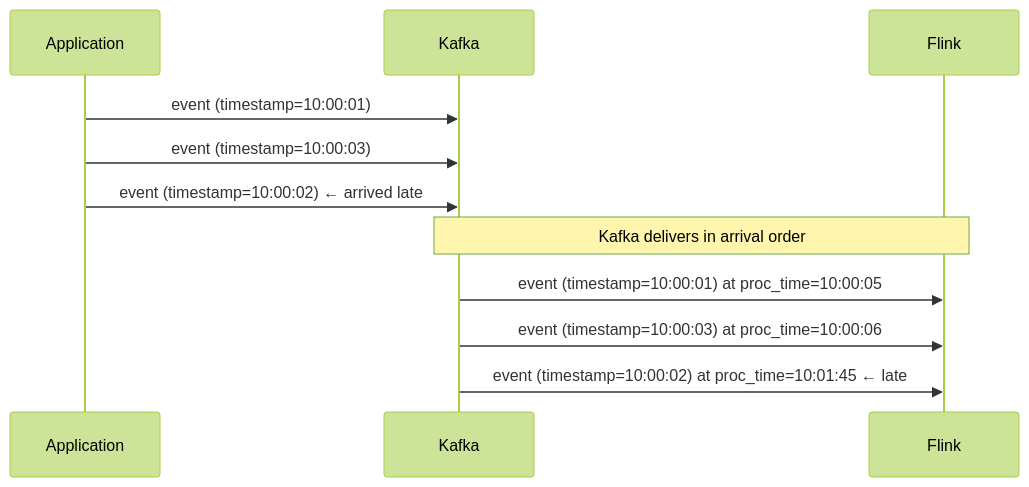
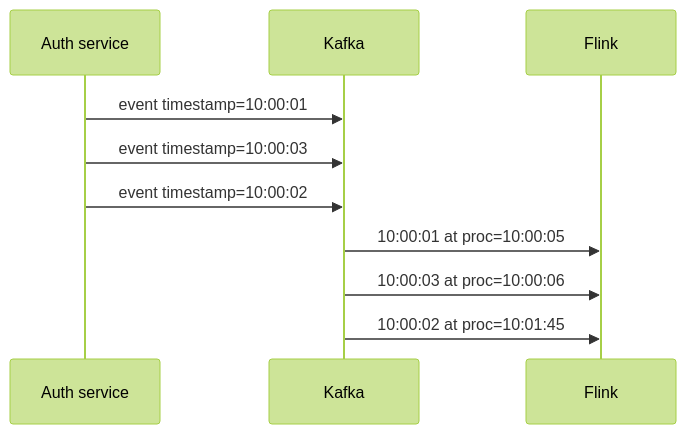
Before and after one commit to sanketn26/data-engineering: the diagram in docs/flink/time.md, drawn with Mermaid (forest theme). The commit also changed other lines of this file and 107 other files, not shown here.

````diff
--- a/docs/flink/time.md
+++ b/docs/flink/time.md
@@ -49,16 +52,14 @@
 ```mermaid
 sequenceDiagram
-    participant App as Application
+    participant App as Auth service
     participant Kafka as Kafka
     participant Flink as Flink
 
-    App->>Kafka: event (timestamp=10:00:01)
-    App->>Kafka: event (timestamp=10:00:03)
-    App->>Kafka: event (timestamp=10:00:02) ← arrived late
+    App->>Kafka: event timestamp=10:00:01
+    App->>Kafka: event timestamp=10:00:03
+    App->>Kafka: event timestamp=10:00:02
 
-    Note over Kafka,Flink: Kafka delivers in arrival order
-
-    Kafka->>Flink: event (timestamp=10:00:01) at proc_time=10:00:05
-    Kafka->>Flink: event (timestamp=10:00:03) at proc_time=10:00:06
-    Kafka->>Flink: event (timestamp=10:00:02) at proc_time=10:01:45 ← late
+    Kafka->>Flink: 10:00:01 at proc=10:00:05
+    Kafka->>Flink: 10:00:03 at proc=10:00:06
+    Kafka->>Flink: 10:00:02 at proc=10:01:45
 ```
````
